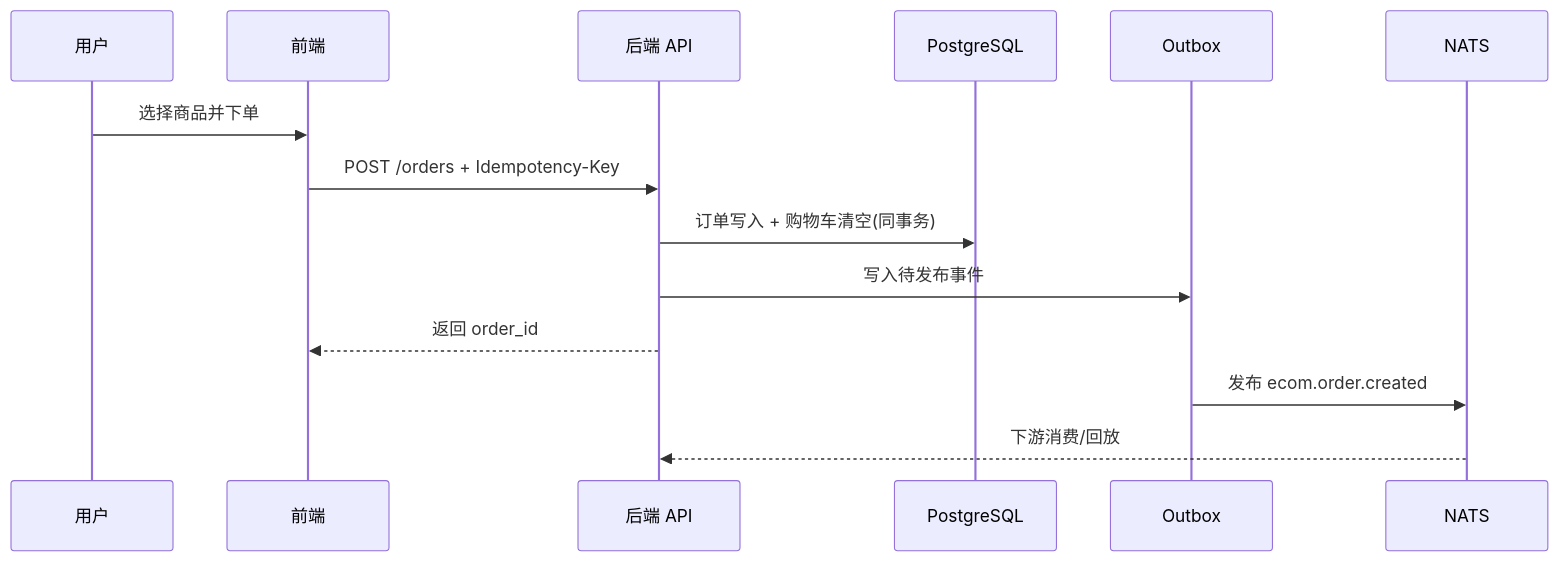
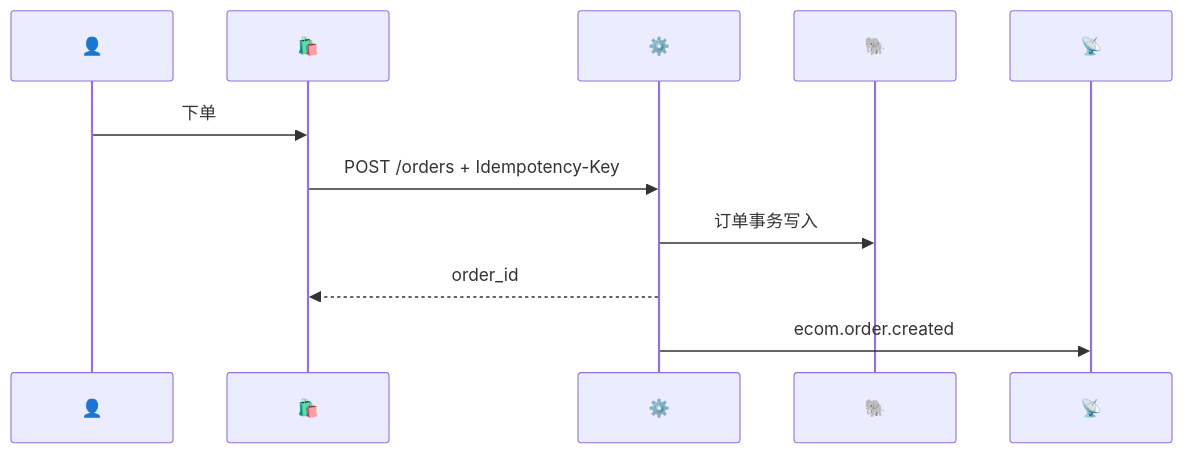
Before and after one commit to Birtne/ecommerce_app: the second of 2 diagrams in README.md, drawn with Mermaid. The commit also changed other lines of this file, not shown here.

````diff
--- a/README.md
+++ b/README.md
@@ -31,17 +32,14 @@
 ```mermaid
 sequenceDiagram
-  participant U as 用户
-  participant FE as 前端
-  participant BE as 后端 API
-  participant DB as PostgreSQL
-  participant OB as Outbox
-  participant MQ as NATS
+  participant U as 👤
+  participant FE as 🛍️
+  participant API as ⚙️
+  participant DB as 🐘
+  participant MQ as 📡
 
-  U->>FE: 选择商品并下单
-  FE->>BE: POST /orders + Idempotency-Key
-  BE->>DB: 订单写入 + 购物车清空(同事务)
-  BE->>OB: 写入待发布事件
-  BE-->>FE: 返回 order_id
-  OB->>MQ: 发布 ecom.order.created
-  MQ-->>BE: 下游消费/回放
+  U->>FE: 下单
+  FE->>API: POST /orders + Idempotency-Key
+  API->>DB: 订单事务写入
+  API-->>FE: order_id
+  API->>MQ: ecom.order.created
 ```
````
